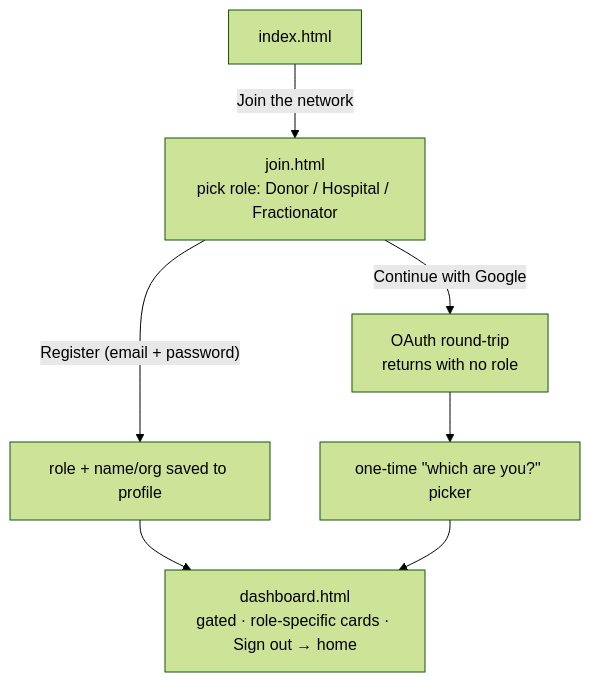
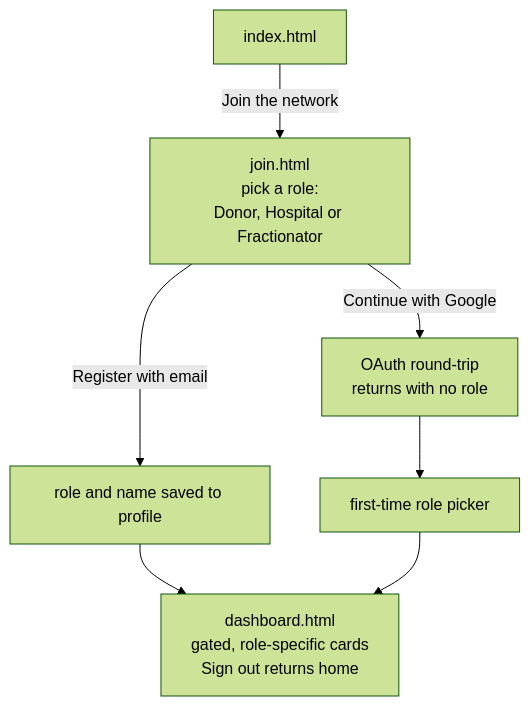
The second of 2 diagrams in README.md (SoAkeD1/SIH_INTERNAL_proj), drawn with Mermaid (forest theme) before and after one commit. The commit also changed other lines of this file, not shown here.

First line of the commit message:
Simplify Mermaid labels so GitHub renders the diagrams

````diff
--- a/README.md
+++ b/README.md
@@ -82,9 +82,9 @@
 ```mermaid
 flowchart TD
-    IDX["index.html"] -->|"Join the network"| JOIN["join.html<br/>pick role: Donor / Hospital / Fractionator"]
-    JOIN -->|"Register (email + password)"| REG["role + name/org saved to profile"]
-    JOIN -->|"Continue with Google"| G["OAuth round-trip<br/>returns with no role"]
-    G --> PICK["one-time &quot;which are you?&quot; picker"]
+    IDX[index.html] -->|Join the network| JOIN[join.html<br/>pick a role:<br/>Donor, Hospital or Fractionator]
+    JOIN -->|Register with email| REG[role and name saved to profile]
+    JOIN -->|Continue with Google| G[OAuth round-trip<br/>returns with no role]
+    G --> PICK[first-time role picker]
     REG --> DASH
-    PICK --> DASH["dashboard.html<br/>gated · role-specific cards · Sign out → home"]
+    PICK --> DASH[dashboard.html<br/>gated, role-specific cards<br/>Sign out returns home]
 ```
````
